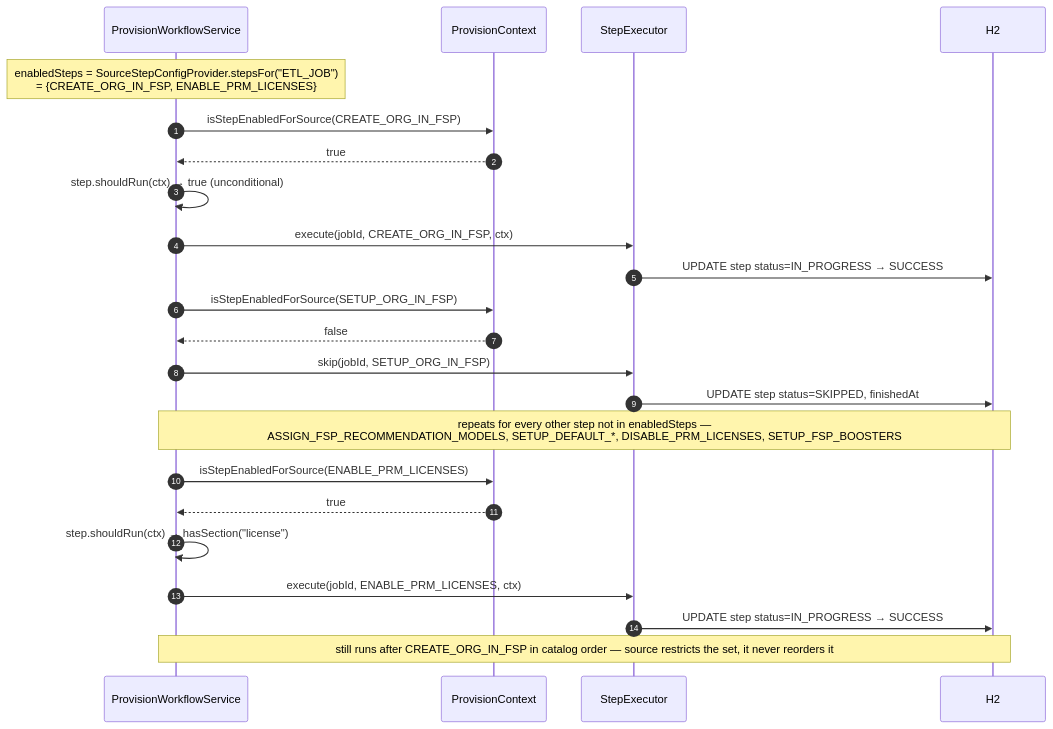
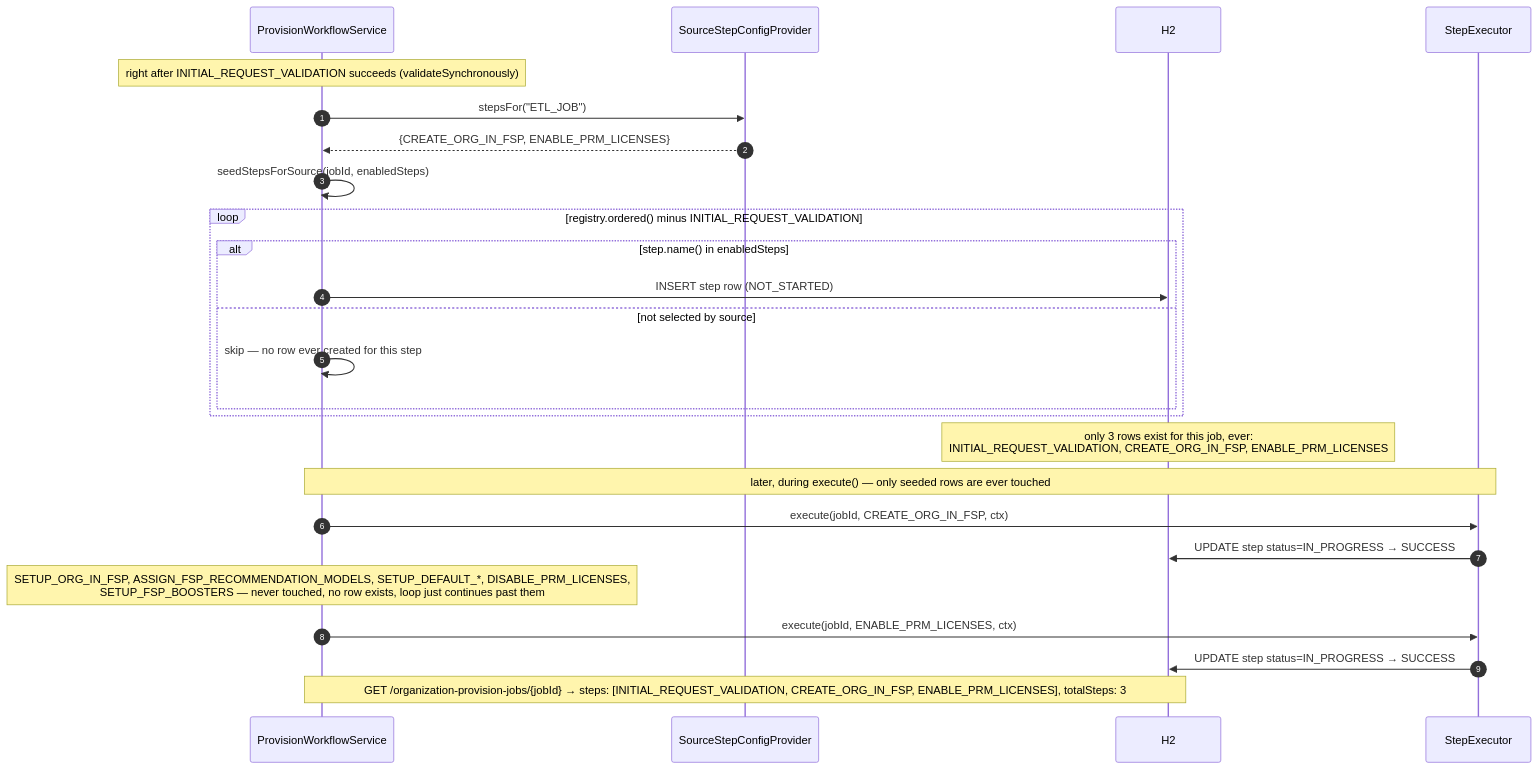
One commit to bora-arch/create-org-poc changed the ninth of 9 diagrams in docs/diagrams.md. Above: the diagram before and after it, drawn with Mermaid. The commit also changed other lines of this file and 8 other files, not shown here.

First line of the commit message:
Exclude steps not configured for a source from the response entirely

````diff
--- a/docs/diagrams.md
+++ b/docs/diagrams.md
@@ -404,29 +420,30 @@
 ```mermaid
 sequenceDiagram
     autonumber
     participant WS as ProvisionWorkflowService
-    participant CTX as ProvisionContext
+    participant SRC as SourceStepConfigProvider
+    participant DB as H2
     participant SE as StepExecutor
-    participant DB as H2
 
-    Note over WS: enabledSteps = SourceStepConfigProvider.stepsFor("ETL_JOB")<br/>= {CREATE_ORG_IN_FSP, ENABLE_PRM_LICENSES}
+    Note over WS: right after INITIAL_REQUEST_VALIDATION succeeds (validateSynchronously)
+    WS->>SRC: stepsFor("ETL_JOB")
+    SRC-->>WS: {CREATE_ORG_IN_FSP, ENABLE_PRM_LICENSES}
+    WS->>WS: seedStepsForSource(jobId, enabledSteps)
+    loop registry.ordered() minus INITIAL_REQUEST_VALIDATION
+        alt step.name() in enabledSteps
+            WS->>DB: INSERT step row (NOT_STARTED)
+        else not selected by source
+            WS->>WS: skip — no row ever created for this step
+        end
+    end
+    Note over DB: only 3 rows exist for this job, ever:<br/>INITIAL_REQUEST_VALIDATION, CREATE_ORG_IN_FSP, ENABLE_PRM_LICENSES
 
-    WS->>CTX: isStepEnabledForSource(CREATE_ORG_IN_FSP)
-    CTX-->>WS: true
-    WS->>WS: step.shouldRun(ctx) → true (unconditional)
+    Note over WS,SE: later, during execute() — only seeded rows are ever touched
     WS->>SE: execute(jobId, CREATE_ORG_IN_FSP, ctx)
     SE->>DB: UPDATE step status=IN_PROGRESS → SUCCESS
-
-    WS->>CTX: isStepEnabledForSource(SETUP_ORG_IN_FSP)
-    CTX-->>WS: false
-    WS->>SE: skip(jobId, SETUP_ORG_IN_FSP)
-    SE->>DB: UPDATE step status=SKIPPED, finishedAt
-    Note over WS,DB: repeats for every other step not in enabledSteps —<br/>ASSIGN_FSP_RECOMMENDATION_MODELS, SETUP_DEFAULT_*, DISABLE_PRM_LICENSES, SETUP_FSP_BOOSTERS
-
-    WS->>CTX: isStepEnabledForSource(ENABLE_PRM_LICENSES)
-    CTX-->>WS: true
-    WS->>WS: step.shouldRun(ctx) → hasSection("license")
+    Note over WS: SETUP_ORG_IN_FSP, ASSIGN_FSP_RECOMMENDATION_MODELS, SETUP_DEFAULT_*, DISABLE_PRM_LICENSES,<br/>SETUP_FSP_BOOSTERS — never touched, no row exists, loop just continues past them
     WS->>SE: execute(jobId, ENABLE_PRM_LICENSES, ctx)
     SE->>DB: UPDATE step status=IN_PROGRESS → SUCCESS
-    Note over WS,DB: still runs after CREATE_ORG_IN_FSP in catalog order — source restricts the set, it never reorders it
+
+    Note over WS,DB: GET /organization-provision-jobs/{jobId} → steps: [INITIAL_REQUEST_VALIDATION, CREATE_ORG_IN_FSP, ENABLE_PRM_LICENSES], totalSteps: 3
 ```
````
